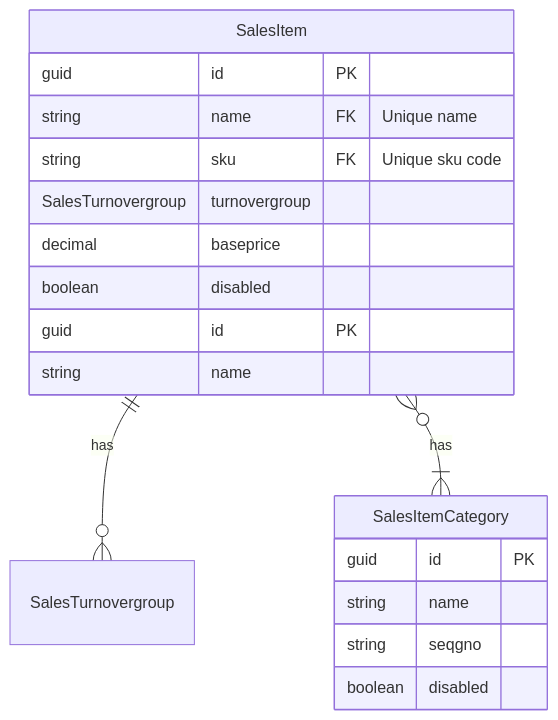
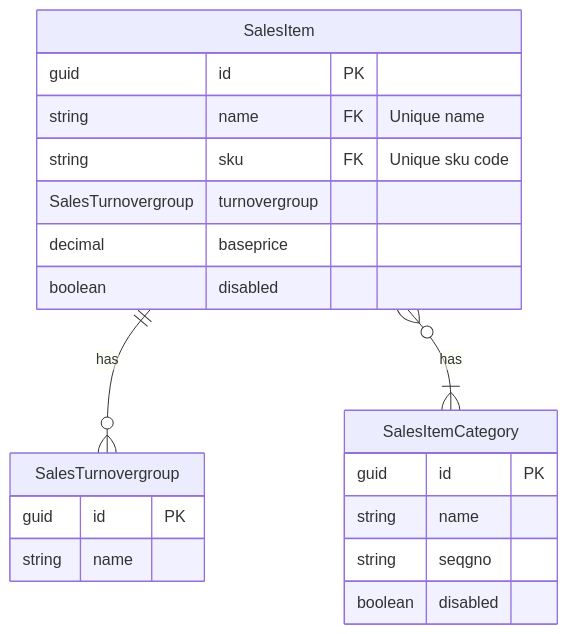
The diagram in en/development/POS/Catalog/salesitem.md (compadsoftware/CompadOne-Docs), drawn with Mermaid before and after one commit.

````diff
--- a/en/development/POS/Catalog/salesitem.md
+++ b/en/development/POS/Catalog/salesitem.md
@@ -8,24 +8,24 @@
 ```mermaid
 erDiagram
     SalesItem {
         guid id PK 
         string name FK "Unique name"
         string sku  FK "Unique sku code"      
         SalesTurnovergroup turnovergroup
         decimal baseprice
         boolean disabled
     }
     SalesItem ||--o{ SalesTurnovergroup : has
-    SalesItem {
+    SalesTurnovergroup {
         guid id PK 
         string name
     }
     SalesItem }o--|{ SalesItemCategory : has
     SalesItemCategory {
         guid id PK 
         string name
         string seqgno
         boolean disabled
     }
 
 ```
````
